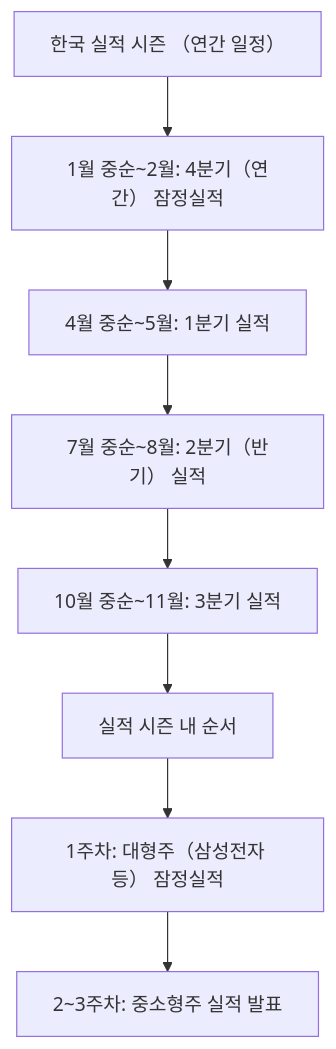
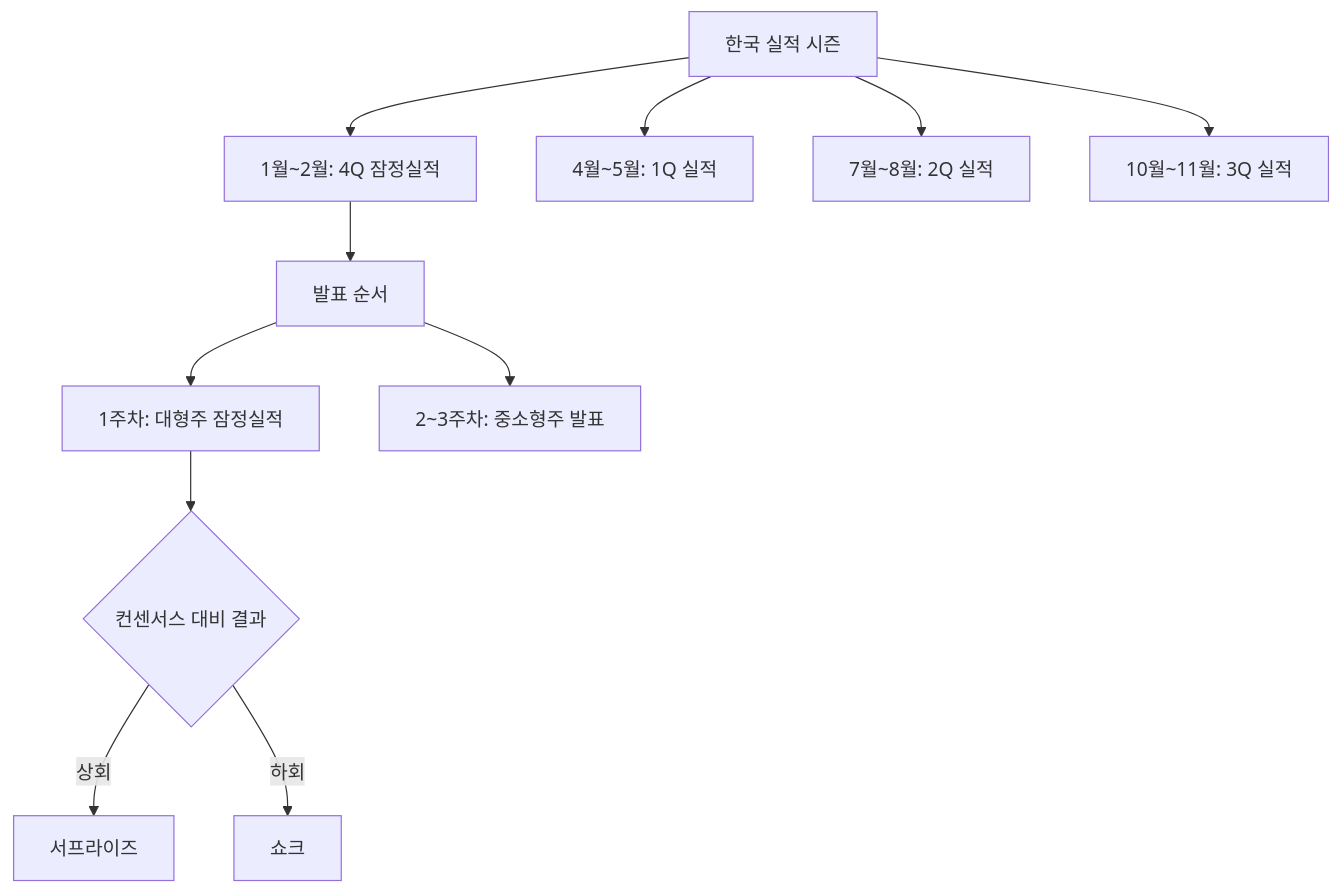
One commit to yeongseon/stock-visual-note changed the diagram in content/stock-terms/ko/level-08-industry-macro/earnings-season.md. Above: the diagram before and after it, drawn with Mermaid. The commit also changed other lines of this file and 96 other files, not shown here.

Commit message:
Rewrite all 98 remaining articles: branching Mermaid diagrams, natural search_intent, compelling seo_titles, clean descriptions

````diff
--- a/content/stock-terms/ko/level-08-industry-macro/earnings-season.md
+++ b/content/stock-terms/ko/level-08-industry-macro/earnings-season.md
@@ -42,18 +42,13 @@
 ```mermaid
 graph TD
-    N0["한국 실적 시즌 （연간 일정）"]
-    N1["1월 중순~2월: 4분기（연간） 잠정실적"]
-    N2["4월 중순~5월: 1분기 실적"]
-    N3["7월 중순~8월: 2분기（반기） 실적"]
-    N4["10월 중순~11월: 3분기 실적"]
-    N5["실적 시즌 내 순서"]
-    N6["1주차: 대형주（삼성전자 등） 잠정실적"]
-    N7["2~3주차: 중소형주 실적 발표"]
-    N0 --> N1
-    N1 --> N2
-    N2 --> N3
-    N3 --> N4
-    N4 --> N5
-    N5 --> N6
-    N6 --> N7
+    A["한국 실적 시즌"] --> Q1["1월~2월: 4Q 잠정실적"]
+    A --> Q2["4월~5월: 1Q 실적"]
+    A --> Q3["7월~8월: 2Q 실적"]
+    A --> Q4["10월~11월: 3Q 실적"]
+    Q1 --> S["발표 순서"]
+    S --> L["1주차: 대형주 잠정실적"]
+    S --> M["2~3주차: 중소형주 발표"]
+    L --> R{"컨센서스 대비 결과"}
+    R -->|"상회"| UP["서프라이즈"]
+    R -->|"하회"| DN["쇼크"]
 ```
````
